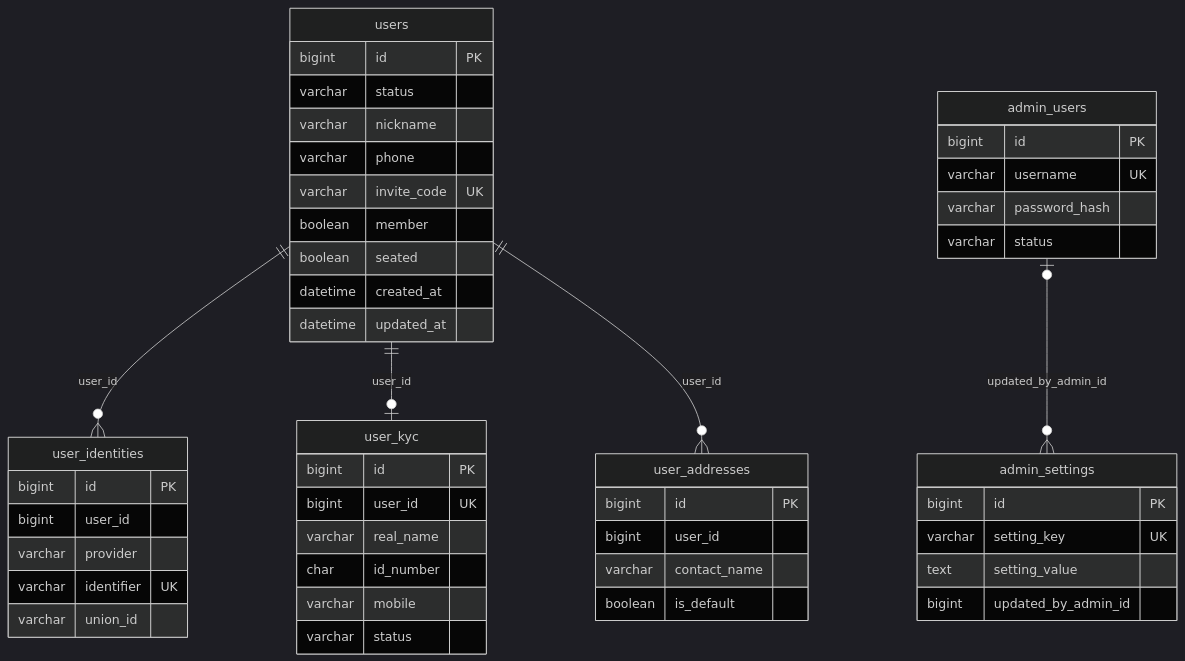
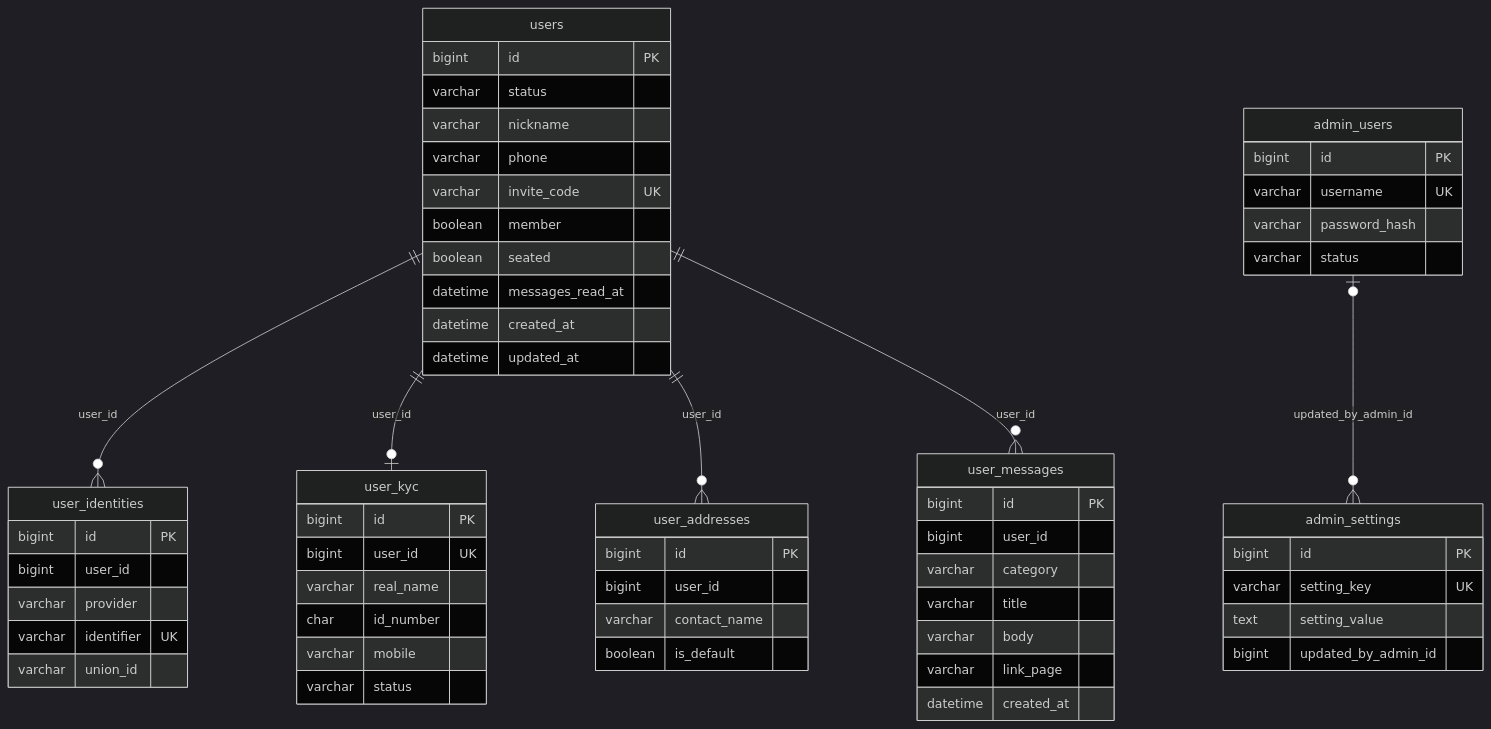
The first of 7 diagrams in docs/er.md (songyunhmiLY/aurel-mall-api), drawn with Mermaid (dark theme) before and after one commit. The commit also changed other lines of this file and 31 other files, not shown here.

````diff
--- a/docs/er.md
+++ b/docs/er.md
@@ -27,52 +27,63 @@
 ```mermaid
 erDiagram
   users ||--o{ user_identities : "user_id"
   users ||--o| user_kyc : "user_id"
   users ||--o{ user_addresses : "user_id"
+  users ||--o{ user_messages : "user_id"
   admin_users |o--o{ admin_settings : "updated_by_admin_id"
 
   users {
     bigint id PK
     varchar status
     varchar nickname
     varchar phone
     varchar invite_code UK
     boolean member
     boolean seated
+    datetime messages_read_at
     datetime created_at
     datetime updated_at
   }
   user_identities {
     bigint id PK
     bigint user_id
     varchar provider
     varchar identifier UK
     varchar union_id
   }
   user_kyc {
     bigint id PK
     bigint user_id UK
     varchar real_name
     char id_number
     varchar mobile
     varchar status
   }
   user_addresses {
     bigint id PK
     bigint user_id
     varchar contact_name
     boolean is_default
   }
+  user_messages {
+    bigint id PK
+    bigint user_id
+    varchar category
+    varchar title
+    varchar body
+    varchar link_page
+    datetime created_at
+  }
   admin_users {
     bigint id PK
     varchar username UK
     varchar password_hash
     varchar status
   }
   admin_settings {
     bigint id PK
     varchar setting_key UK
     text setting_value
     bigint updated_by_admin_id
   }
 ```
````
